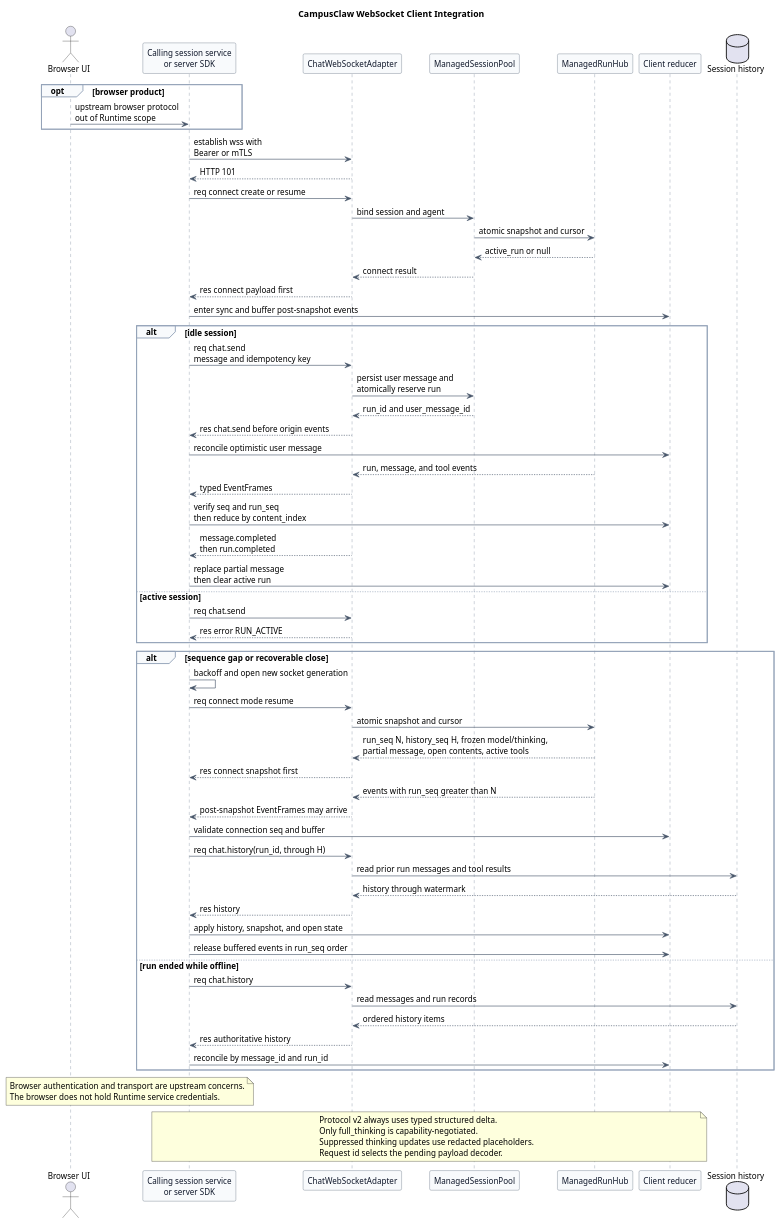
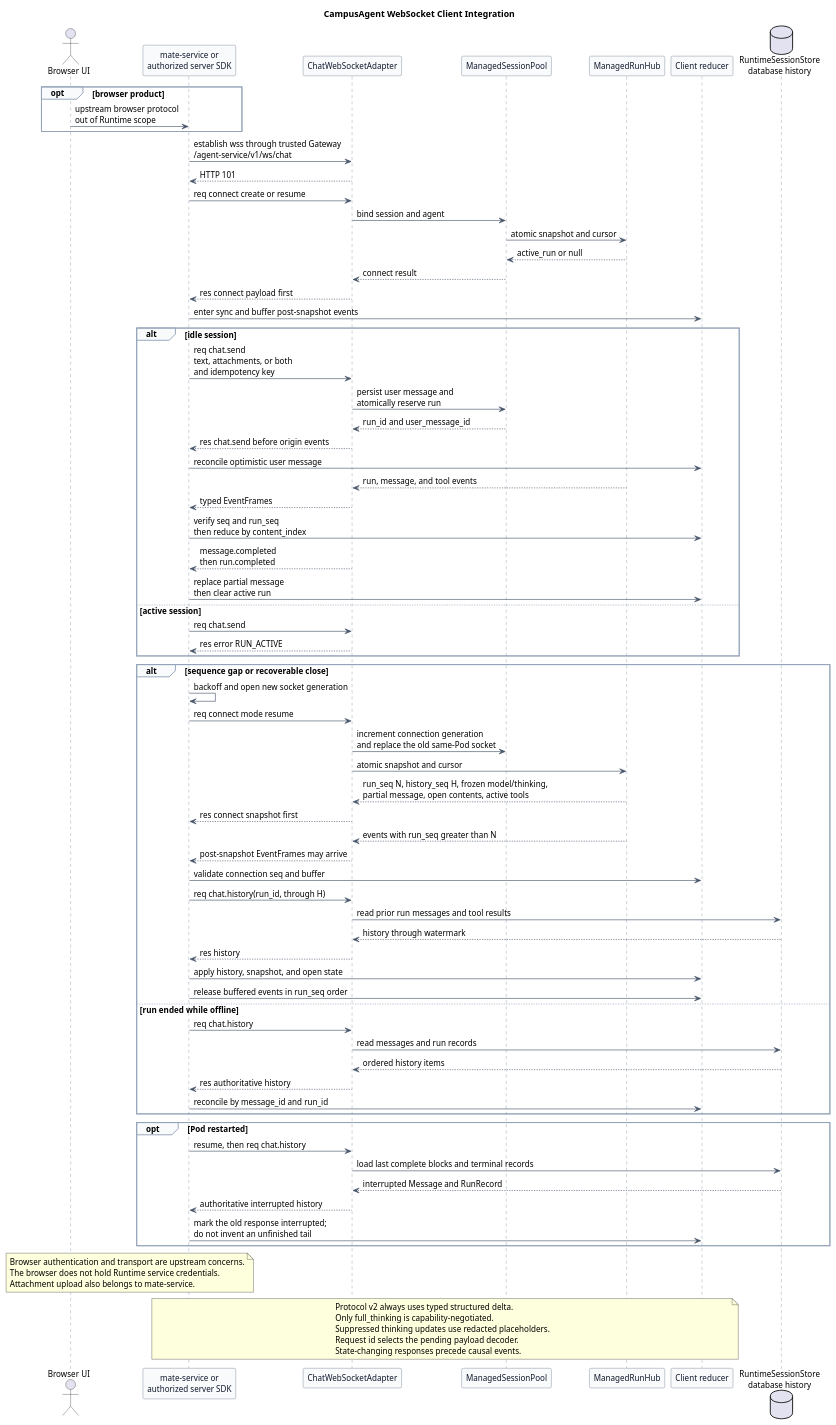
The seventh of 8 diagrams in pi-mono-java-manager-driven-multi-agent-runtime/diagram.puml (superheromeZzh/pi-mono-java-design), drawn with PlantUML before and after one commit. The commit also changed other lines of this file and 27 other files, not shown here.

Commit message:
docs(agent): unify CampusAgent WebSocket v2 design

```diff
--- a/pi-mono-java-manager-driven-multi-agent-runtime/diagram.puml
+++ b/pi-mono-java-manager-driven-multi-agent-runtime/diagram.puml
@@ -549,103 +592,117 @@
 @startuml frontend_websocket_client_integration
-title CampusClaw WebSocket Client Integration
+title CampusAgent WebSocket Client Integration
 
 ' pi-mono-java baseline: 1f7a5423219edfa4519d8719f1cc8a188ed72873
 ' Source: modules/coding-agent-cli/src/main/java/com/campusclaw/codingagent/mode/server/ServerMode.java (configureRoutes)
 ' Source: modules/coding-agent-cli/src/main/java/com/campusclaw/codingagent/mode/server/ChatWebSocketHandler.java (handle, onAgentEvent)
 ' Source: modules/ai/src/main/java/com/campusclaw/ai/stream/AssistantMessageEvent.java (typed event records)
 ' Current Java behavior: the browser-facing v1 client replaces accumulated Message snapshots.
 ' Target design: a calling service or server SDK authenticates to the Runtime and binds one session.
 ' Target design: typed structured delta is intrinsic to protocol v2; full_thinking is optional.
 ' Target design: chat.send response precedes origin run events and returns the user message id.
+' Target design: the existing internal Gateway authenticates callers on the canonical agent-service path.
+' Target design: one same-Pod connection generation replaces the previous connection on resume.
+' Target design: database history reports interrupted after Pod restart.
 ' Design reason: a client must implement request correlation, reduction, and recovery from the contract alone.
 
 skinparam backgroundColor #FFFFFF
 skinparam shadowing false
 skinparam defaultFontName Arial
 skinparam defaultFontSize 13
 skinparam participant {
   BackgroundColor #F8FAFC
   BorderColor #475569
   FontColor #0F172A
 }
 skinparam ArrowColor #475569
 skinparam sequence {
   LifeLineBorderColor #64748B
   LifeLineBackgroundColor #F8FAFC
   GroupBorderColor #94A3B8
   GroupBackgroundColor #F8FAFC
 }
 
 actor "Browser UI" as Browser
-participant "Calling session service\nor server SDK" as Client
+participant "mate-service or\nauthorized server SDK" as Client
 participant "ChatWebSocketAdapter" as WS
 participant "ManagedSessionPool" as Pool
 participant "ManagedRunHub" as Hub
 participant "Client reducer" as Reducer
-database "Session history" as History
+database "RuntimeSessionStore\ndatabase history" as History
 
 opt browser product
   Browser -> Client : upstream browser protocol\nout of Runtime scope
 end
 
-Client -> WS : establish wss with\nBearer or mTLS
+Client -> WS : establish wss through trusted Gateway\n/agent-service/v1/ws/chat
 WS --> Client : HTTP 101
 Client -> WS : req connect create or resume
 WS -> Pool : bind session and agent
 Pool -> Hub : atomic snapshot and cursor
 Hub --> Pool : active_run or null
 Pool --> WS : connect result
 WS --> Client : res connect payload first
 Client -> Reducer : enter sync and buffer post-snapshot events
 
 alt idle session
-  Client -> WS : req chat.send\nmessage and idempotency key
+  Client -> WS : req chat.send\ntext, attachments, or both\nand idempotency key
   WS -> Pool : persist user message and\natomically reserve run
   Pool --> WS : run_id and user_message_id
   WS --> Client : res chat.send before origin events
   Client -> Reducer : reconcile optimistic user message
   Hub --> WS : run, message, and tool events
   WS --> Client : typed EventFrames
   Client -> Reducer : verify seq and run_seq\nthen reduce by content_index
   WS --> Client : message.completed\nthen run.completed
   Client -> Reducer : replace partial message\nthen clear active run
 else active session
   Client -> WS : req chat.send
   WS --> Client : res error RUN_ACTIVE
 end
 
 alt sequence gap or recoverable close
   Client -> Client : backoff and open new socket generation
   Client -> WS : req connect mode resume
+  WS -> Pool : increment connection generation\nand replace the old same-Pod socket
   WS -> Hub : atomic snapshot and cursor
   Hub --> WS : run_seq N, history_seq H, frozen model/thinking,\npartial message, open contents, active tools
   WS --> Client : res connect snapshot first
   Hub --> WS : events with run_seq greater than N
   WS --> Client : post-snapshot EventFrames may arrive
   Client -> Reducer : validate connection seq and buffer
   Client -> WS : req chat.history(run_id, through H)
   WS -> History : read prior run messages and tool results
   History --> WS : history through watermark
   WS --> Client : res history
   Client -> Reducer : apply history, snapshot, and open state
   Client -> Reducer : release buffered events in run_seq order
 else run ended while offline
   Client -> WS : req chat.history
   WS -> History : read messages and run records
   History --> WS : ordered history items
   WS --> Client : res authoritative history
   Client -> Reducer : reconcile by message_id and run_id
 end
 
+opt Pod restarted
+  Client -> WS : resume, then req chat.history
+  WS -> History : load last complete blocks and terminal records
+  History --> WS : interrupted Message and RunRecord
+  WS --> Client : authoritative interrupted history
+  Client -> Reducer : mark the old response interrupted;\ndo not invent an unfinished tail
+end
+
 note over Browser,Client
 Browser authentication and transport are upstream concerns.
 The browser does not hold Runtime service credentials.
+Attachment upload also belongs to mate-service.
 end note
 
 note over Client,Reducer
 Protocol v2 always uses typed structured delta.
 Only full_thinking is capability-negotiated.
 Suppressed thinking updates use redacted placeholders.
 Request id selects the pending payload decoder.
+State-changing responses precede causal events.
 end note
 @enduml
```
